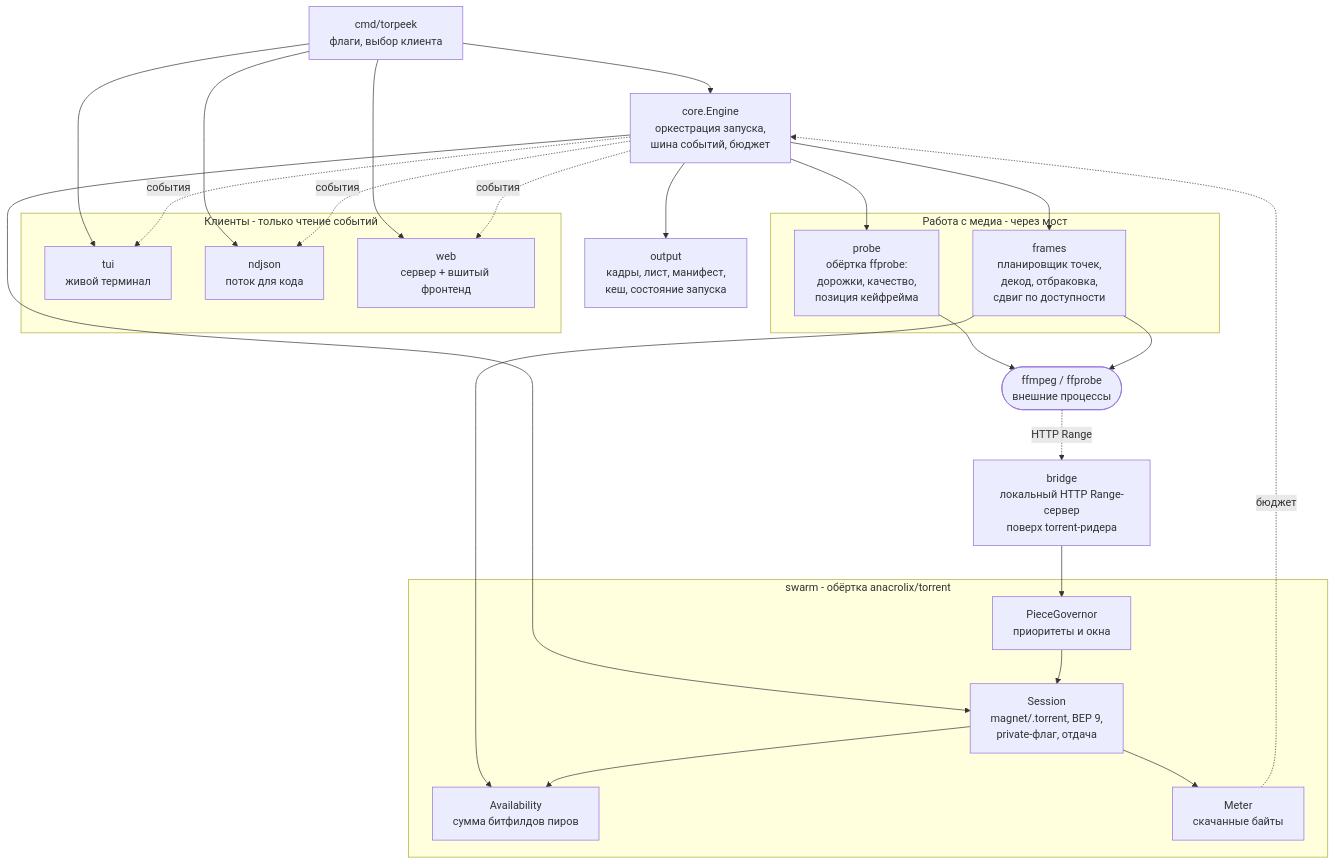
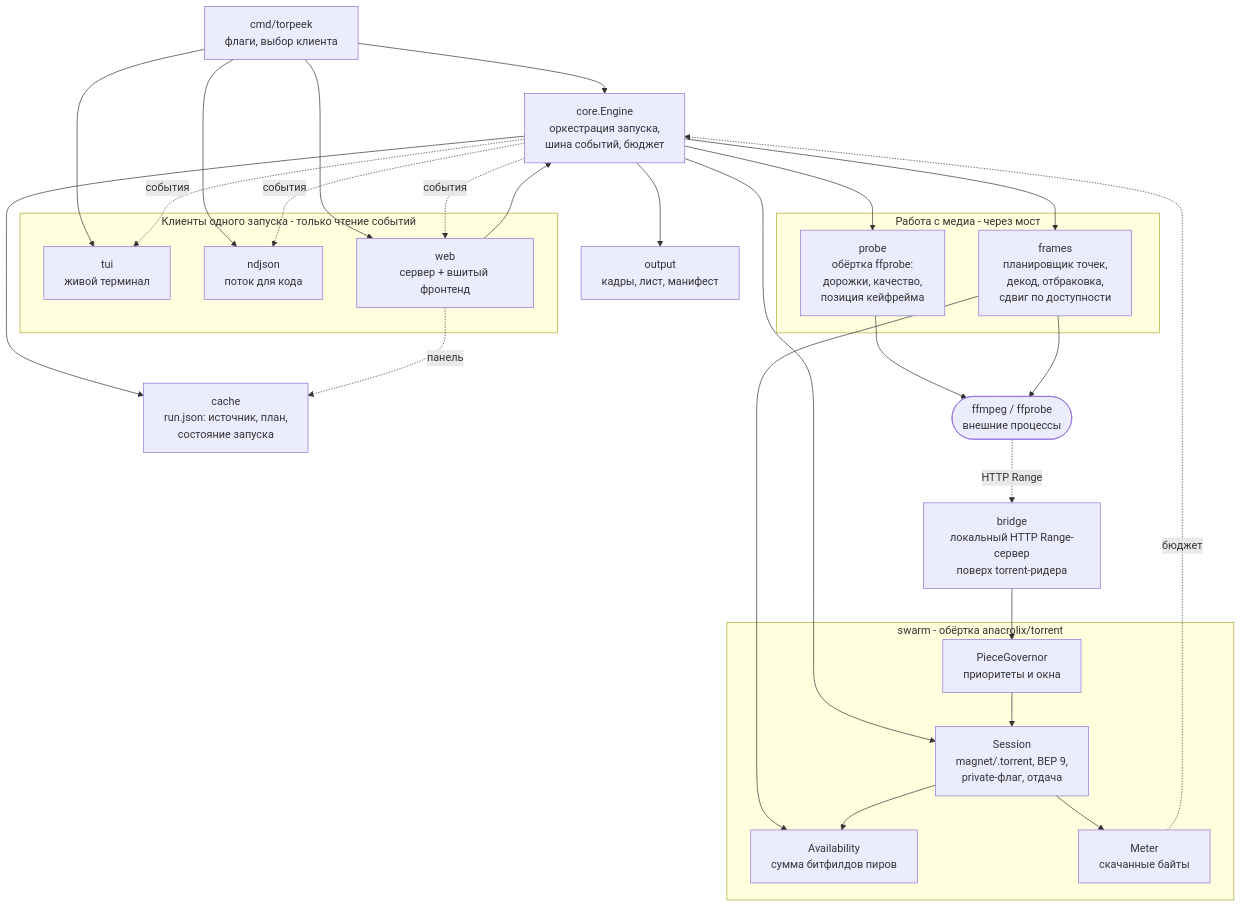
Before and after one commit to madmurdok/torpeek: the first of 3 diagrams in ARCHITECTURE.md, drawn with Mermaid. The commit also changed other lines of this file and 2 other files, not shown here.

````diff
--- a/ARCHITECTURE.md
+++ b/ARCHITECTURE.md
@@ -36,42 +36,45 @@
 ```mermaid
 graph TD
     CLI[cmd/torpeek<br/>флаги, выбор клиента]
 
-    subgraph clients[Клиенты - только чтение событий]
+    subgraph clients[Клиенты одного запуска - только чтение событий]
         TUI[tui<br/>живой терминал]
         NDJSON[ndjson<br/>поток для кода]
         WEB[web<br/>сервер + вшитый фронтенд]
     end
 
     ENGINE[core.Engine<br/>оркестрация запуска,<br/>шина событий, бюджет]
 
     subgraph media[Работа с медиа - через мост]
         PROBE[probe<br/>обёртка ffprobe:<br/>дорожки, качество,<br/>позиция кейфрейма]
         FRAMES[frames<br/>планировщик точек,<br/>декод, отбраковка,<br/>сдвиг по доступности]
     end
 
     BRIDGE[bridge<br/>локальный HTTP Range-сервер<br/>поверх torrent-ридера]
 
     subgraph swarmpkg[swarm - обёртка anacrolix/torrent]
         SESSION[Session<br/>magnet/.torrent, BEP 9,<br/>private-флаг, отдача]
         AVAIL[Availability<br/>сумма битфилдов пиров]
         GOV[PieceGovernor<br/>приоритеты и окна]
         METER[Meter<br/>скачанные байты]
     end
 
-    OUT[output<br/>кадры, лист, манифест,<br/>кеш, состояние запуска]
+    OUT[output<br/>кадры, лист, манифест]
+    CACHE[cache<br/>run.json: источник, план,<br/>состояние запуска]
     FFMPEG([ffmpeg / ffprobe<br/>внешние процессы])
 
     CLI --> ENGINE
     CLI --> TUI & NDJSON & WEB
+    WEB --> ENGINE
     ENGINE -.события.-> TUI & NDJSON & WEB
-    ENGINE --> PROBE & FRAMES & OUT
+    ENGINE --> PROBE & FRAMES & OUT & CACHE
+    WEB -.панель.-> CACHE
     ENGINE --> SESSION
     PROBE & FRAMES --> FFMPEG
     FFMPEG -.HTTP Range.-> BRIDGE
     FRAMES --> AVAIL
     BRIDGE --> GOV
     GOV --> SESSION
     SESSION --> AVAIL & METER
     METER -.бюджет.-> ENGINE
 ```
````
